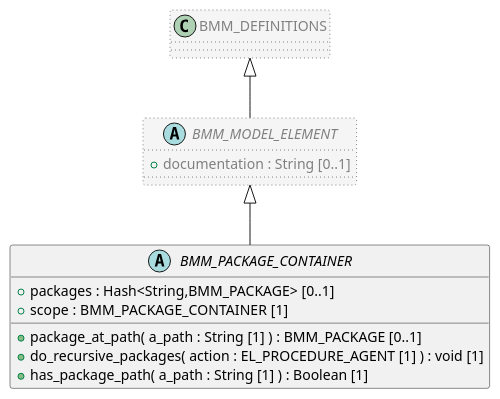
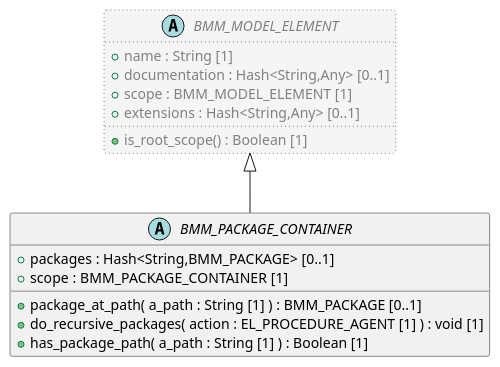
Before and after one commit to sebastian-iancu/code-generator: the diagram in code/Adoc/openehr_lang_1.1.0/plantUML/classes/org.openehr.lang.bmm.bmm_package_container.adoc, drawn with PlantUML. The commit also changed 719 other files, not shown here.

```diff
--- a/code/Adoc/openehr_lang_1.1.0/plantUML/classes/org.openehr.lang.bmm.bmm_package_container.adoc
+++ b/code/Adoc/openehr_lang_1.1.0/plantUML/classes/org.openehr.lang.bmm.bmm_package_container.adoc
@@ -1,26 +1,25 @@
 [plantuml,BMM_PACKAGE_CONTAINER,format=svg,svg-type="inline"]
 -----
 @startuml
 
 abstract class BMM_PACKAGE_CONTAINER {
   + packages : Hash<String,BMM_PACKAGE> [0..1]
   + scope : BMM_PACKAGE_CONTAINER [1]
   + package_at_path( a_path : String [1] ) : BMM_PACKAGE [0..1]
   + do_recursive_packages( action : EL_PROCEDURE_AGENT [1] ) : void [1]
   + has_package_path( a_path : String [1] ) : Boolean [1]
 }
 
 abstract class BMM_MODEL_ELEMENT  #whitesmoke;line:gray;line.dotted;text:gray {
-  + documentation : String [0..1]
+  + name : String [1]
+  + documentation : Hash<String,Any> [0..1]
+  + scope : BMM_MODEL_ELEMENT [1]
+  + extensions : Hash<String,Any> [0..1]
+  + is_root_scope() : Boolean [1]
 }
-
-class BMM_DEFINITIONS  #whitesmoke;line:gray;line.dotted;text:gray {
-}
-
-BMM_DEFINITIONS <|-- BMM_MODEL_ELEMENT
 
 BMM_MODEL_ELEMENT <|-- BMM_PACKAGE_CONTAINER
 
 
 @enduml
 -----
```
